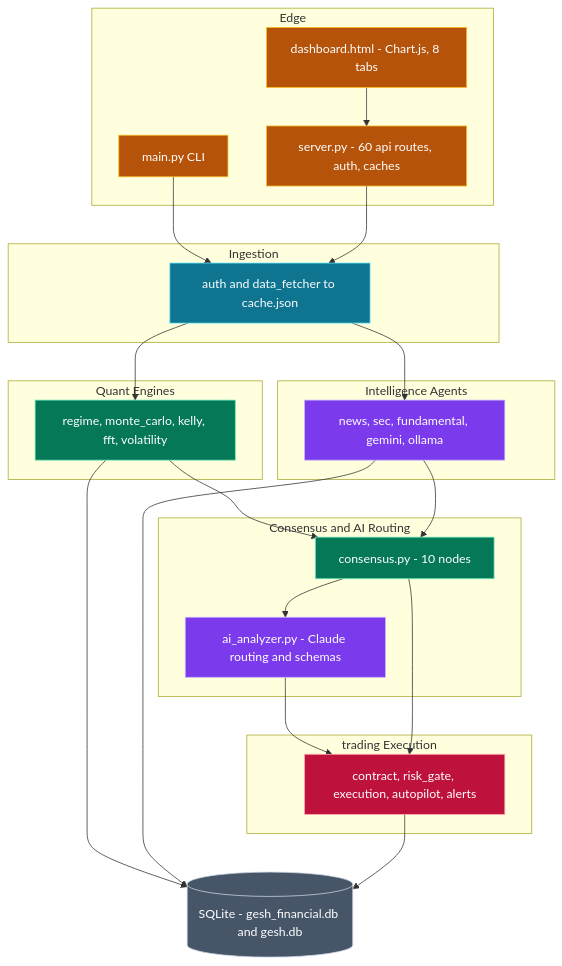
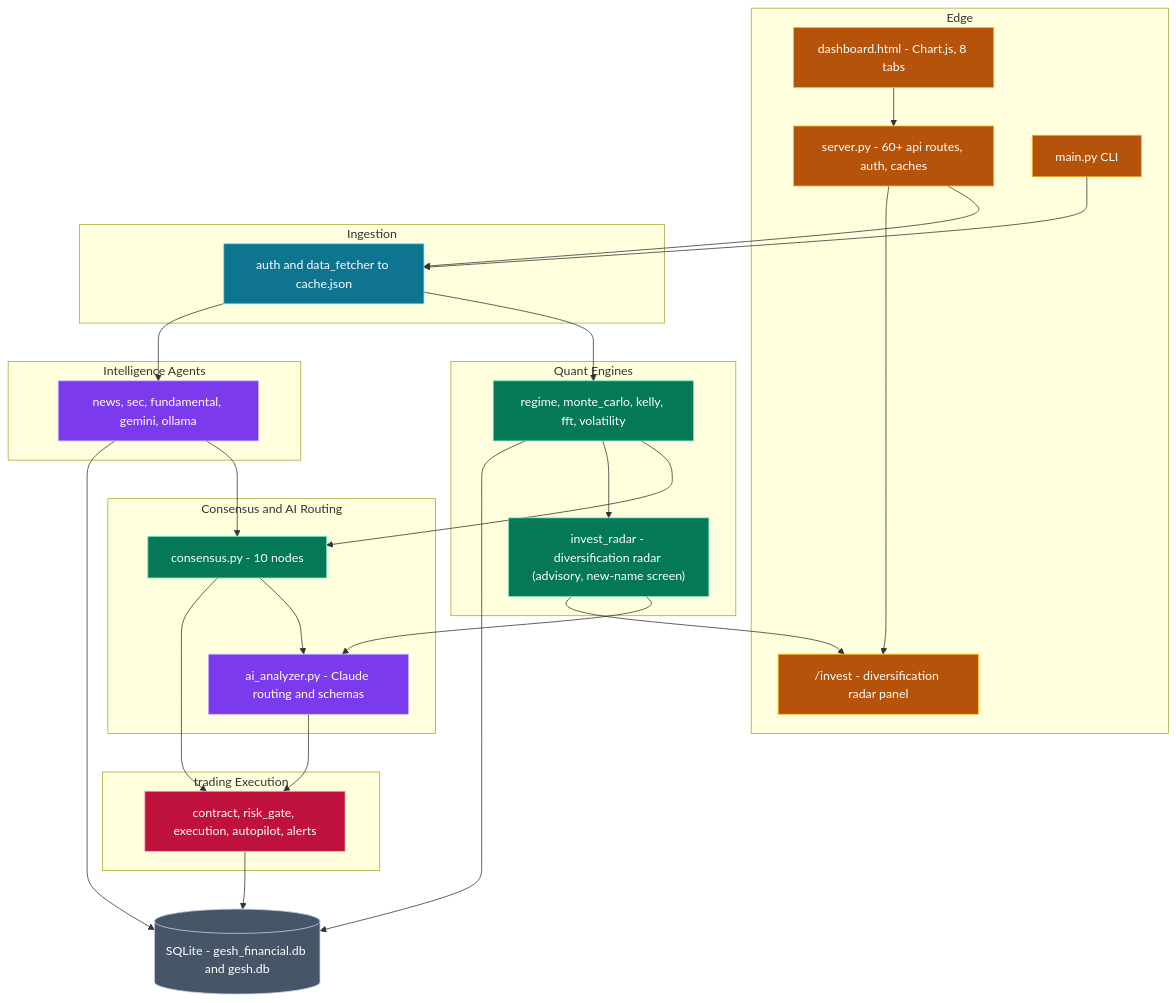
Before and after one commit to gesh75/Gesh-Project: the second of 8 diagrams in docs/ARCHITECTURE.md, drawn with Mermaid. The commit also changed 13 other files, not shown here.

````diff
--- a/docs/ARCHITECTURE.md
+++ b/docs/ARCHITECTURE.md
@@ -76,51 +76,57 @@
 ```mermaid
 flowchart TB
     subgraph EDGE["Edge"]
-        api["server.py - 60 api routes, auth, caches"]:::core
+        api["server.py - 60+ api routes, auth, caches"]:::core
         dash["dashboard.html - Chart.js, 8 tabs"]:::core
+        invest["/invest - diversification radar panel"]:::core
         cli["main.py CLI"]:::core
     end
 
     subgraph INGEST["Ingestion"]
         fetch["auth and data_fetcher to cache.json"]:::svc
     end
 
     subgraph QUANT["Quant Engines"]
         regime["regime, monte_carlo, kelly, fft, volatility"]:::data
+        radar["invest_radar - diversification radar (advisory, new-name screen)"]:::data
     end
 
     subgraph AGENTS["Intelligence Agents"]
         intel["news, sec, fundamental, gemini, ollama"]:::ai
     end
 
     subgraph BRAIN["Consensus and AI Routing"]
         cons["consensus.py - 10 nodes"]:::data
         ai["ai_analyzer.py - Claude routing and schemas"]:::ai
     end
 
     subgraph EXEC["trading Execution"]
         gate["contract, risk_gate, execution, autopilot, alerts"]:::danger
     end
 
     store[("SQLite - gesh_financial.db and gesh.db")]:::store
 
     dash --> api
     cli --> fetch
     api --> fetch --> regime
     fetch --> intel
     regime --> cons
     intel --> cons
     cons --> ai
     ai --> gate
     cons --> gate
+    regime --> radar
+    radar --> ai
+    radar --> invest
+    api --> invest
     regime --> store
     intel --> store
     gate --> store
 
     classDef core   fill:#b45309,stroke:#fbbf24,color:#fff
     classDef svc    fill:#0e7490,stroke:#67e8f9,color:#fff
     classDef data   fill:#047857,stroke:#6ee7b7,color:#fff
     classDef ai     fill:#7c3aed,stroke:#c4b5fd,color:#fff
     classDef danger fill:#be123c,stroke:#fda4af,color:#fff
     classDef store  fill:#475569,stroke:#cbd5e1,color:#fff
 ```
````
